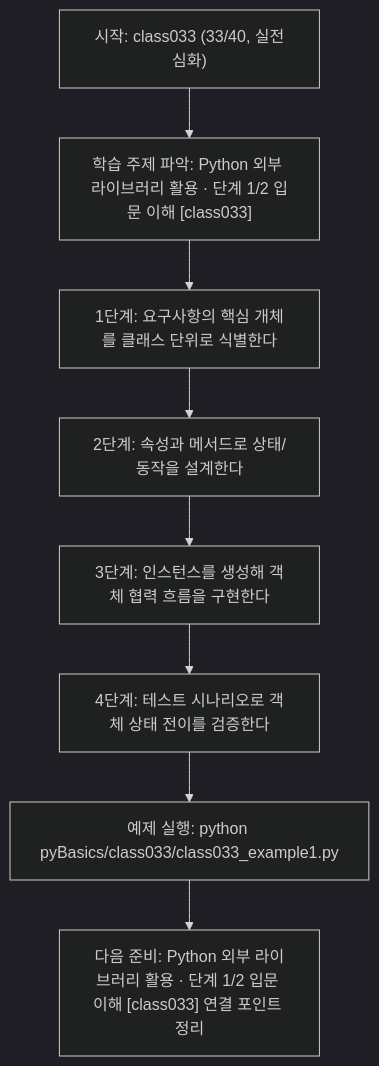
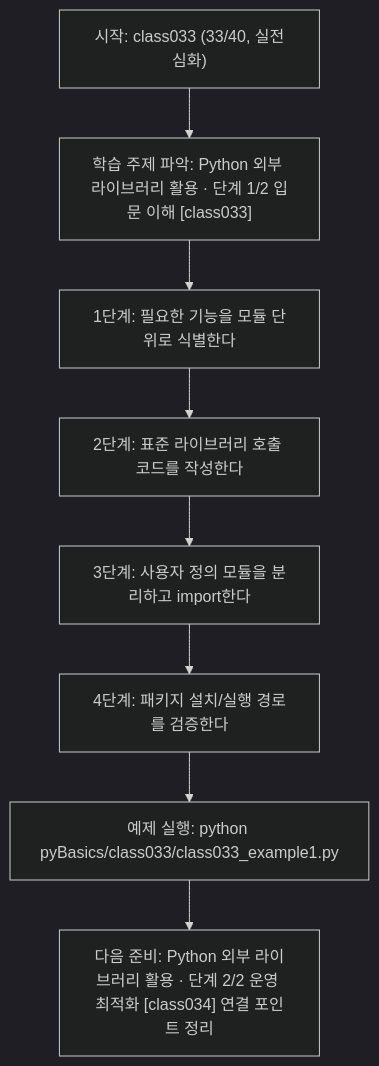
Before and after one commit to edumgt/Python-AI_Agent-Class: the diagram in pyBasics/class033/class033.md, drawn with Mermaid (dark theme). The commit also changed other lines of this file and 2370 other files, not shown here.

````diff
--- a/pyBasics/class033/class033.md
+++ b/pyBasics/class033/class033.md
@@ -108,18 +91,18 @@
 ```mermaid
 flowchart TD
 N1["시작: class033 (33/40, 실전심화)"]
 N2["학습 주제 파악: Python 외부 라이브러리 활용 · 단계 1/2 입문 이해 [class033]"]
-N3["1단계: 요구사항의 핵심 개체를 클래스 단위로 식별한다"]
-N4["2단계: 속성과 메서드로 상태/동작을 설계한다"]
-N5["3단계: 인스턴스를 생성해 객체 협력 흐름을 구현한다"]
-N6["4단계: 테스트 시나리오로 객체 상태 전이를 검증한다"]
+N3["1단계: 필요한 기능을 모듈 단위로 식별한다"]
+N4["2단계: 표준 라이브러리 호출 코드를 작성한다"]
+N5["3단계: 사용자 정의 모듈을 분리하고 import한다"]
+N6["4단계: 패키지 설치/실행 경로를 검증한다"]
 N7["예제 실행: python pyBasics/class033/class033_example1.py"]
-N8["다음 준비: Python 외부 라이브러리 활용 · 단계 1/2 입문 이해 [class033] 연결 포인트 정리"]
+N8["다음 준비: Python 외부 라이브러리 활용 · 단계 2/2 운영 최적화 [class034] 연결 포인트 정리"]
 N1 --> N2
 N2 --> N3
 N3 --> N4
 N4 --> N5
 N5 --> N6
 N6 --> N7
 N7 --> N8
 ```
````
